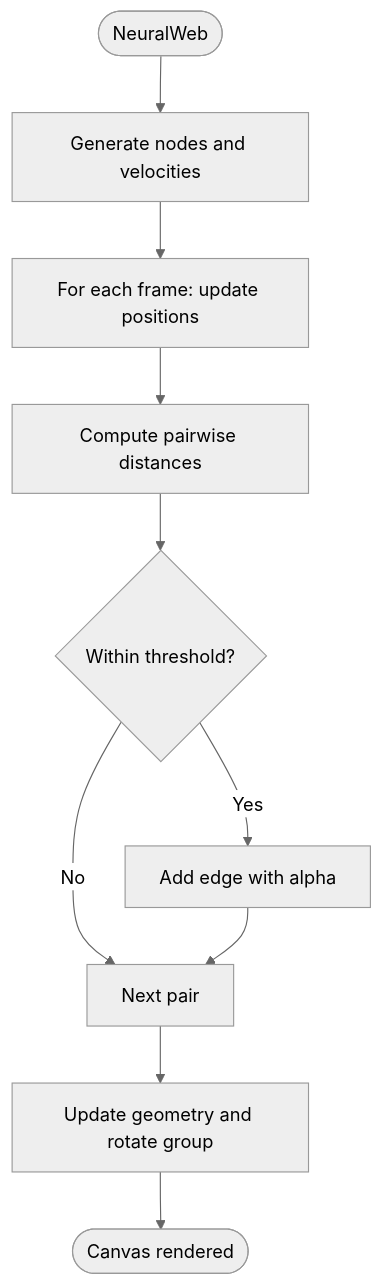
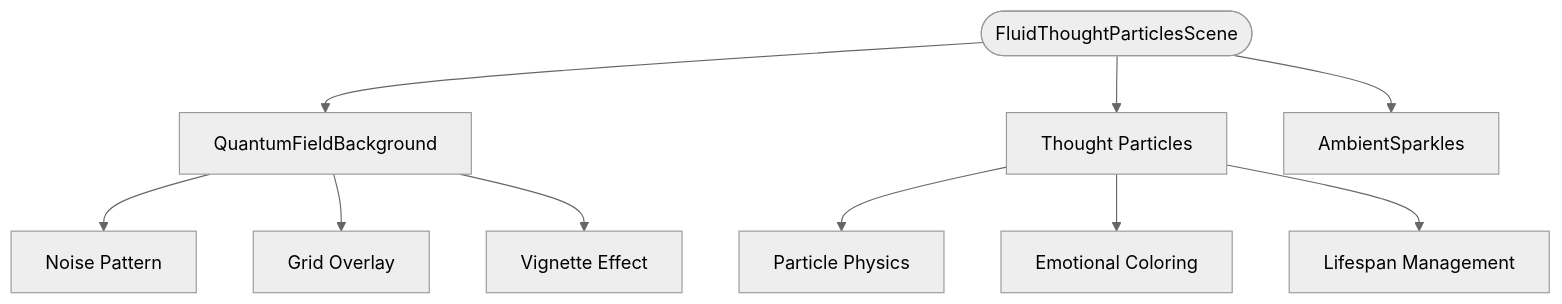
The fifth of 9 diagrams in .qoder/repowiki/en/content/Frontend Application/Visual Interface Components/Visual Interface Components.md (Moeabdelaziz007/Aether-Voice-OS), drawn with Mermaid (neutral theme) before and after one commit. The commit also changed other lines of this file and 29 other files, not shown here.

````diff
--- a/.qoder/repowiki/en/content/Frontend Application/Visual Interface Components/Visual Interface Components.md
+++ b/.qoder/repowiki/en/content/Frontend Application/Visual Interface Components/Visual Interface Components.md
@@ -301,12 +269,12 @@
 ```mermaid
 flowchart TD
-Start(["NeuralWeb"]) --> Init["Generate nodes and velocities"]
-Init --> Loop["For each frame: update positions"]
-Loop --> Dist["Compute pairwise distances"]
-Dist --> Conn{"Within threshold?"}
-Conn --> |Yes| AddEdge["Add edge with alpha"]
-Conn --> |No| NextPair["Next pair"]
-AddEdge --> NextPair
-NextPair --> Render["Update geometry and rotate group"]
-Render --> End(["Canvas rendered"])
+Start(["FluidThoughtParticlesScene"]) --> Field["QuantumFieldBackground"]
+Start --> Particles["Thought Particles"]
+Start --> Sparkles["AmbientSparkles"]
+Particles --> Physics["Particle Physics"]
+Particles --> Colors["Emotional Coloring"]
+Particles --> Lifespan["Lifespan Management"]
+Field --> Noise["Noise Pattern"]
+Field --> Grid["Grid Overlay"]
+Field --> Vignette["Vignette Effect"]
 ```
````
